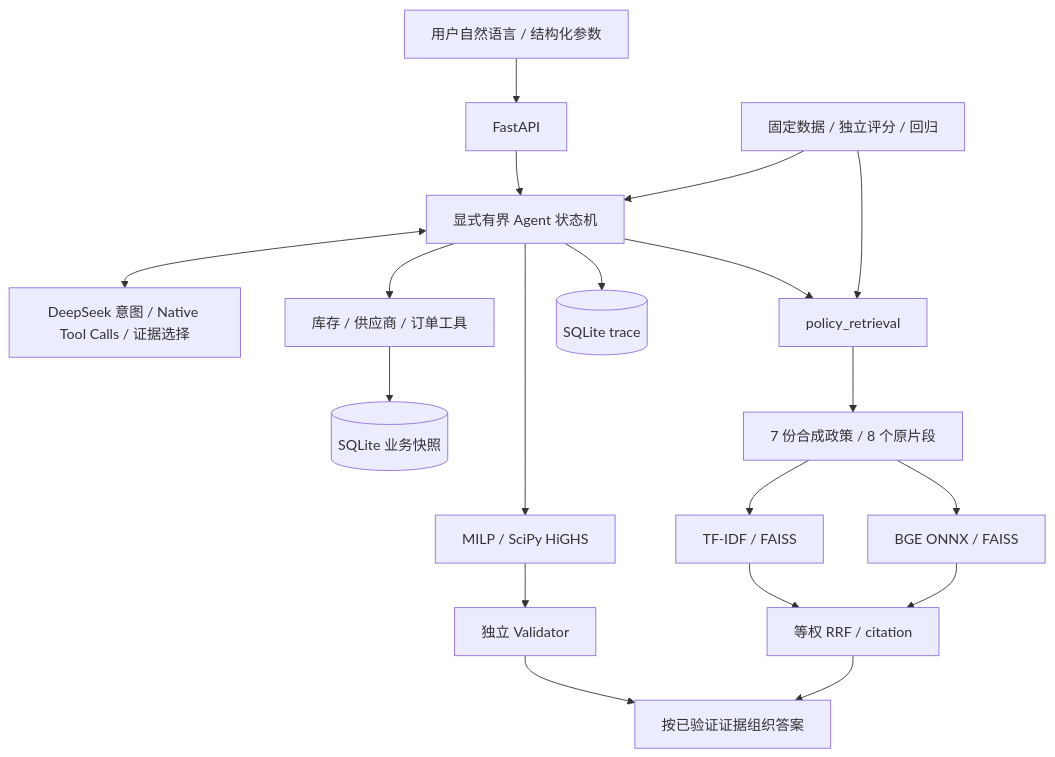
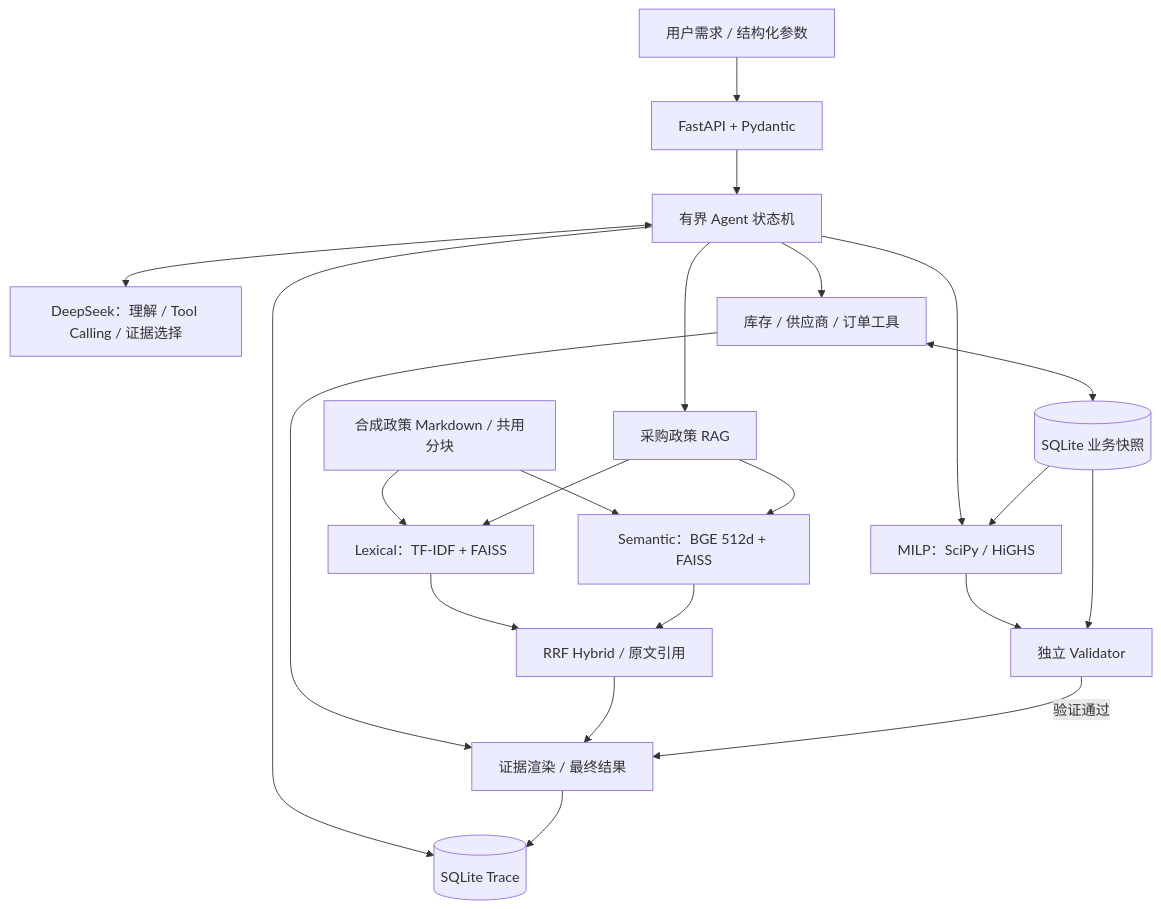
Before and after one commit to liunan09-ops/llm4or-supplychain-agent-public: the diagram in README.md, drawn with Mermaid. The commit also changed other lines of this file, not shown here.

Commit message:
docs: improve supply chain agent project showcase

````diff
--- a/README.md
+++ b/README.md
@@ -29,21 +31,24 @@
 ```mermaid
 flowchart TD
-  User[用户自然语言 / 结构化参数] --> API[FastAPI]
-  API --> Agent[显式有界 Agent 状态机]
-  Agent <--> LLM[DeepSeek 意图 / Native Tool Calls / 证据选择]
-  Agent --> Query[库存 / 供应商 / 订单工具]
-  Query --> DB[(SQLite 业务快照)]
-  Agent --> RAG[policy_retrieval]
-  RAG --> Chunk[7 份合成政策 / 8 个原片段]
-  Chunk --> Lex[TF-IDF / FAISS]
-  Chunk --> Dense[BGE ONNX / FAISS]
-  Lex --> RRF[等权 RRF / citation]
-  Dense --> RRF
-  Agent --> OR[MILP / SciPy HiGHS]
-  OR --> Validator[独立 Validator]
-  Validator --> Answer[按已验证证据组织答案]
-  RRF --> Answer
-  Agent --> Trace[(SQLite trace)]
-  Eval[固定数据 / 独立评分 / 回归] --> Agent
-  Eval --> RAG
+    U["用户需求 / 结构化参数"] --> API["FastAPI + Pydantic"]
+    API --> A["有界 Agent 状态机"]
+    A <--> L["DeepSeek：理解 / Tool Calling / 证据选择"]
+    A --> Q["库存 / 供应商 / 订单工具"]
+    Q <--> DB[("SQLite 业务快照")]
+    A --> R["采购政策 RAG"]
+    P["合成政策 Markdown / 共用分块"] --> LX["Lexical：TF-IDF + FAISS"]
+    P --> SE["Semantic：BGE 512d + FAISS"]
+    LX --> H["RRF Hybrid / 原文引用"]
+    SE --> H
+    R --> LX
+    R --> SE
+    A --> O["MILP：SciPy / HiGHS"]
+    DB --> O
+    O --> V["独立 Validator"]
+    DB --> V
+    Q --> F["证据渲染 / 最终结果"]
+    H --> F
+    V -->|"验证通过"| F
+    A --> T[("SQLite Trace")]
+    F --> T
 ```
````
